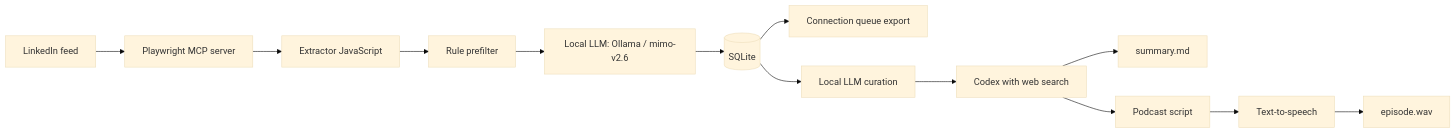
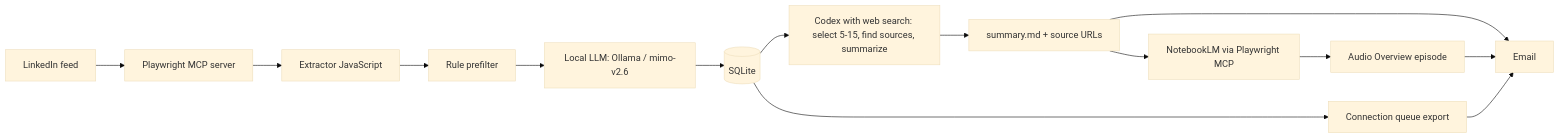
The diagram in README.md (AbrarFaiyad/research-radar), drawn with Mermaid (base theme) before and after one commit. The commit also changed other lines of this file and 16 other files, not shown here.

First line of the commit message:
Let Codex select the digest and NotebookLM make the podcast

````diff
--- a/README.md
+++ b/README.md
@@ -14,15 +15,16 @@
 ```mermaid
 flowchart LR
     A[LinkedIn feed] --> B[Playwright MCP server]
     B --> C[Extractor JavaScript]
     C --> D[Rule prefilter]
     D --> E[Local LLM: Ollama / mimo-v2.6]
     E --> F[(SQLite)]
     F --> G[Connection queue export]
-    F --> H[Local LLM curation]
-    H --> I[Codex with web search]
-    I --> J[summary.md]
-    I --> K[Podcast script]
-    K --> L[Text-to-speech]
-    L --> M[episode.wav]
+    F --> I[Codex with web search: select 5-15, find sources, summarize]
+    I --> J[summary.md + source URLs]
+    J --> K[NotebookLM via Playwright MCP]
+    K --> L[Audio Overview episode]
+    J --> M[Email]
+    L --> M
+    G --> M
 ```
````
